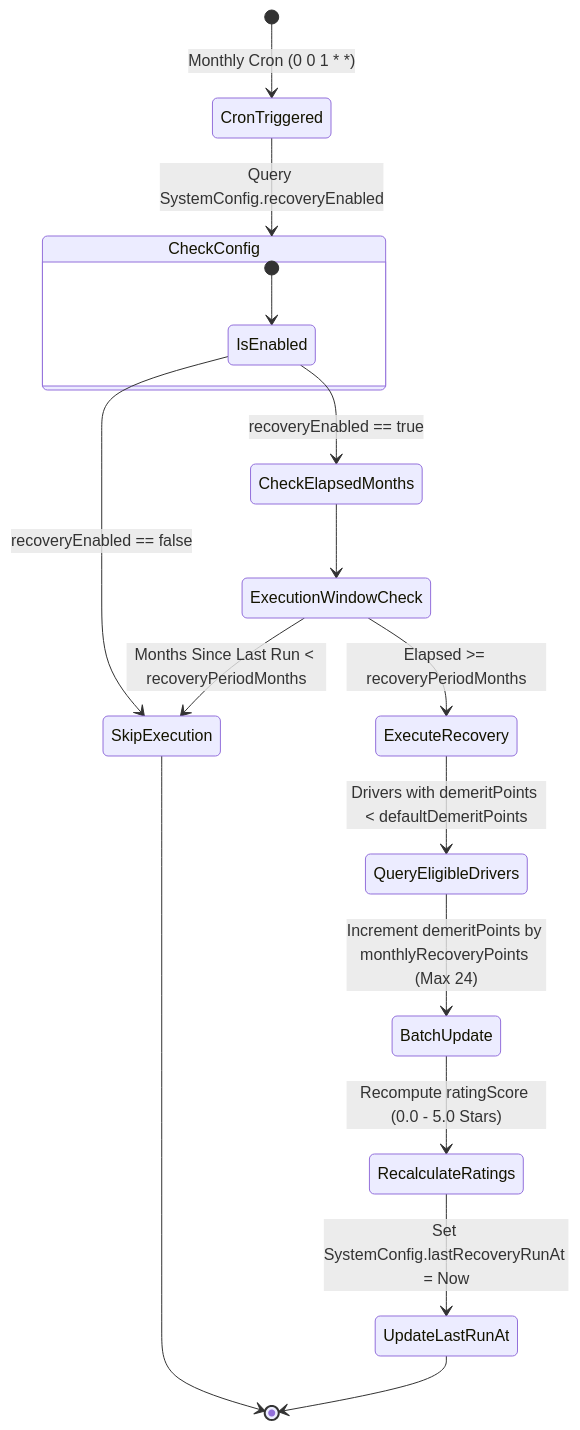
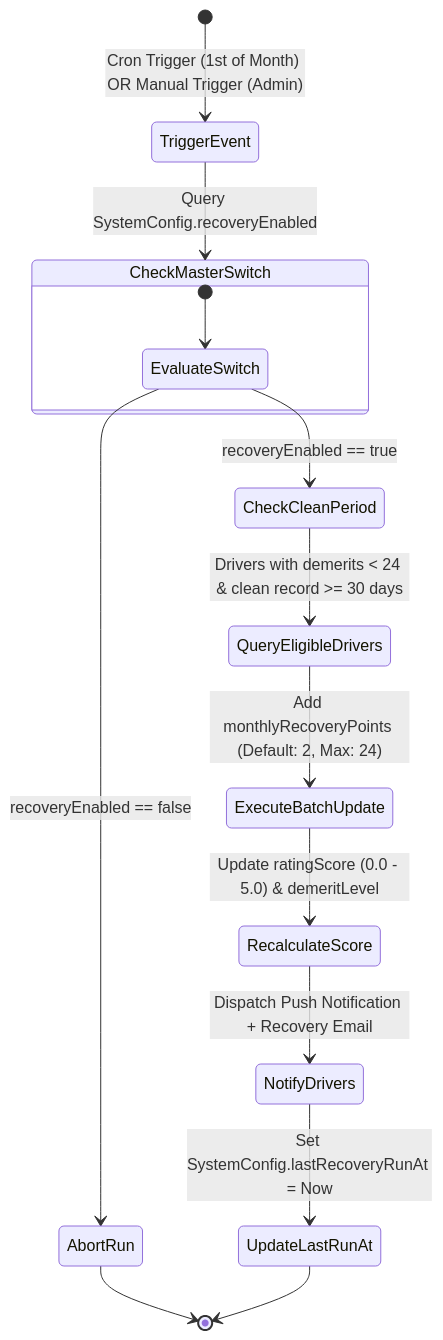
Diagram 13 of 15 in README.md (e-fine-sl/e-fine-sl-traffic-management), drawn with Mermaid before and after one commit. The commit also changed other lines of this file, not shown here.

Commit message:
docs(architecture): update system design diagrams, use case specifications, class diagrams, sequence flows, activity flows, wireframes, and database ERD schemas to match live implementation

````diff
--- a/README.md
+++ b/README.md
@@ -634,24 +703,21 @@
 ```mermaid
 stateDiagram-v2
-    [*] --> CronTriggered: Monthly Cron (0 0 1 * *)
-    CronTriggered --> CheckConfig: Query SystemConfig.recoveryEnabled
+    [*] --> TriggerEvent: Cron Trigger (1st of Month) OR Manual Trigger (Admin)
+    TriggerEvent --> CheckMasterSwitch: Query SystemConfig.recoveryEnabled
 
-    state CheckConfig {
-        [*] --> IsEnabled
+    state CheckMasterSwitch {
+        [*] --> EvaluateSwitch
     }
 
-    IsEnabled --> SkipExecution: recoveryEnabled == false
-    IsEnabled --> CheckElapsedMonths: recoveryEnabled == true
+    EvaluateSwitch --> AbortRun: recoveryEnabled == false
+    EvaluateSwitch --> CheckCleanPeriod: recoveryEnabled == true
 
-    CheckElapsedMonths --> ExecutionWindowCheck
-    ExecutionWindowCheck --> SkipExecution: Months Since Last Run < recoveryPeriodMonths
-    ExecutionWindowCheck --> ExecuteRecovery: Elapsed >= recoveryPeriodMonths
-
-    ExecuteRecovery --> QueryEligibleDrivers: Drivers with demeritPoints < defaultDemeritPoints
-    QueryEligibleDrivers --> BatchUpdate: Increment demeritPoints by monthlyRecoveryPoints (Max 24)
-    BatchUpdate --> RecalculateRatings: Recompute ratingScore (0.0 - 5.0 Stars)
-    RecalculateRatings --> UpdateLastRunAt: Set SystemConfig.lastRecoveryRunAt = Now
+    CheckCleanPeriod --> QueryEligibleDrivers: Drivers with demerits < 24 & clean record >= 30 days
+    QueryEligibleDrivers --> ExecuteBatchUpdate: Add monthlyRecoveryPoints (Default: 2, Max: 24)
+    ExecuteBatchUpdate --> RecalculateScore: Update ratingScore (0.0 - 5.0) & demeritLevel
+    RecalculateScore --> NotifyDrivers: Dispatch Push Notification + Recovery Email
+    NotifyDrivers --> UpdateLastRunAt: Set SystemConfig.lastRecoveryRunAt = Now
     
-    SkipExecution --> [*]
+    AbortRun --> [*]
     UpdateLastRunAt --> [*]
 ```
````
